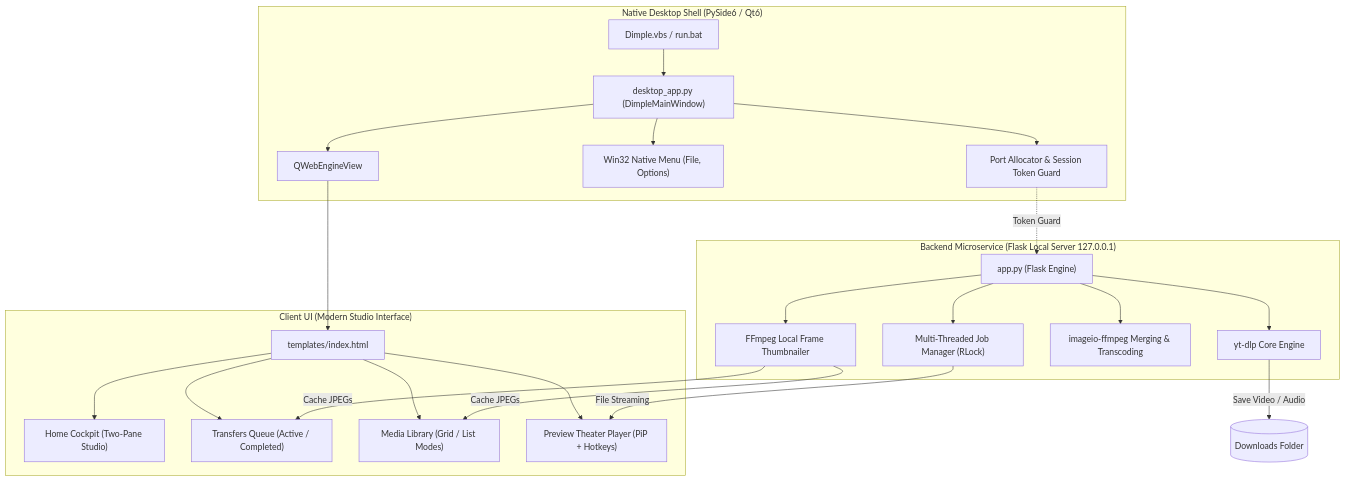
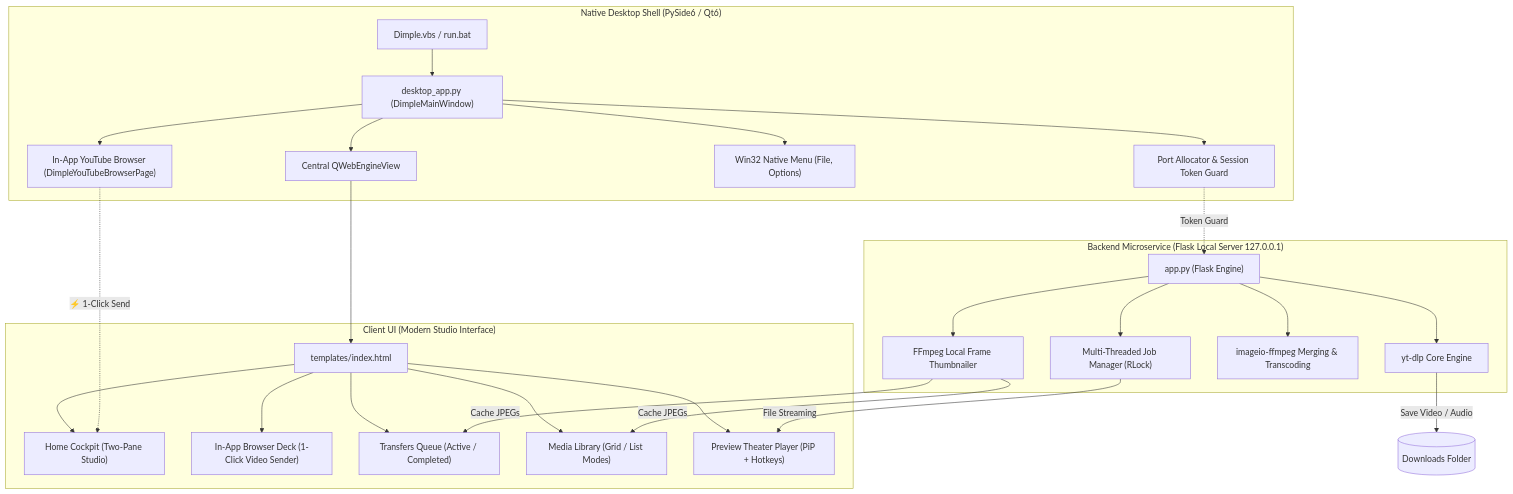
One commit to TauruSilv3R/dimple changed the diagram in README.md. Above: the diagram before and after it, drawn with Mermaid. The commit also changed other lines of this file and 4 other files, not shown here.

Commit message:
feat: make Dimple 100% open source under MIT, remove license keys and activation modals, add in-app browser screenshots and showcase to README

````diff
--- a/README.md
+++ b/README.md
@@ -174,31 +182,34 @@
 ```mermaid
 flowchart TD
     subgraph Desktop_Shell["Native Desktop Shell (PySide6 / Qt6)"]
         A["Dimple.vbs / run.bat"] --> B["desktop_app.py (DimpleMainWindow)"]
-        B --> C["QWebEngineView"]
+        B --> C["Central QWebEngineView"]
+        B --> INAPP["In-App YouTube Browser (DimpleYouTubeBrowserPage)"]
         B --> D["Win32 Native Menu (File, Options)"]
         B --> E["Port Allocator &amp; Session Token Guard"]
     end
 
     subgraph Backend_Server["Backend Microservice (Flask Local Server 127.0.0.1)"]
         F["app.py (Flask Engine)"]
         E -.->|Token Guard| F
         F --> G["Multi-Threaded Job Manager (RLock)"]
         F --> H["yt-dlp Core Engine"]
         F --> I["imageio-ffmpeg Merging &amp; Transcoding"]
         F --> J["FFmpeg Local Frame Thumbnailer"]
     end
 
     subgraph Client_UI["Client UI (Modern Studio Interface)"]
         C --> K["templates/index.html"]
         K --> L["Home Cockpit (Two-Pane Studio)"]
+        K --> BROWSER_UI["In-App Browser Deck (1-Click Video Sender)"]
         K --> M["Transfers Queue (Active / Completed)"]
         K --> N["Media Library (Grid / List Modes)"]
         K --> O["Preview Theater Player (PiP + Hotkeys)"]
     end
 
+    INAPP -.->|⚡ 1-Click Send| L
     G -->|File Streaming| O
     J -->|Cache JPEGs| N
     J -->|Cache JPEGs| M
     H -->|Save Video / Audio| P[("Downloads Folder")]
 ```
````
